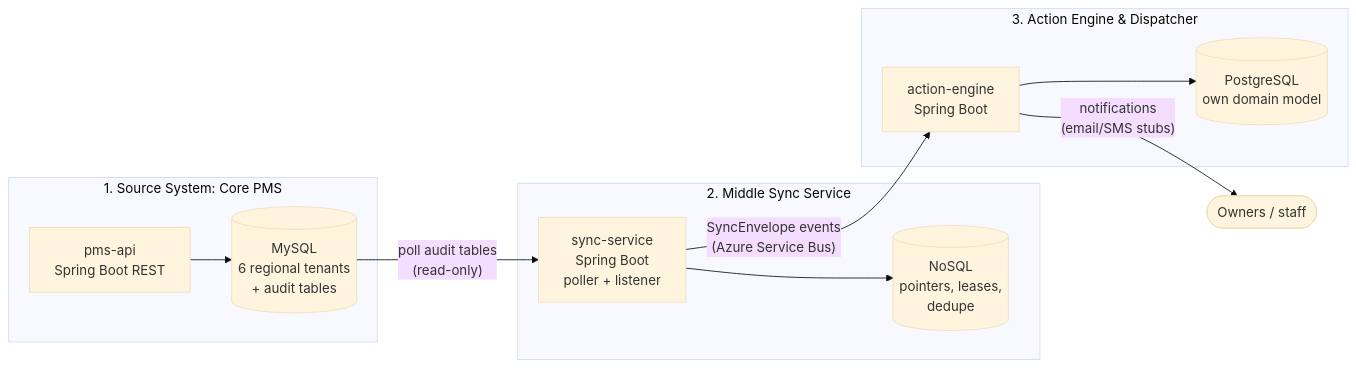
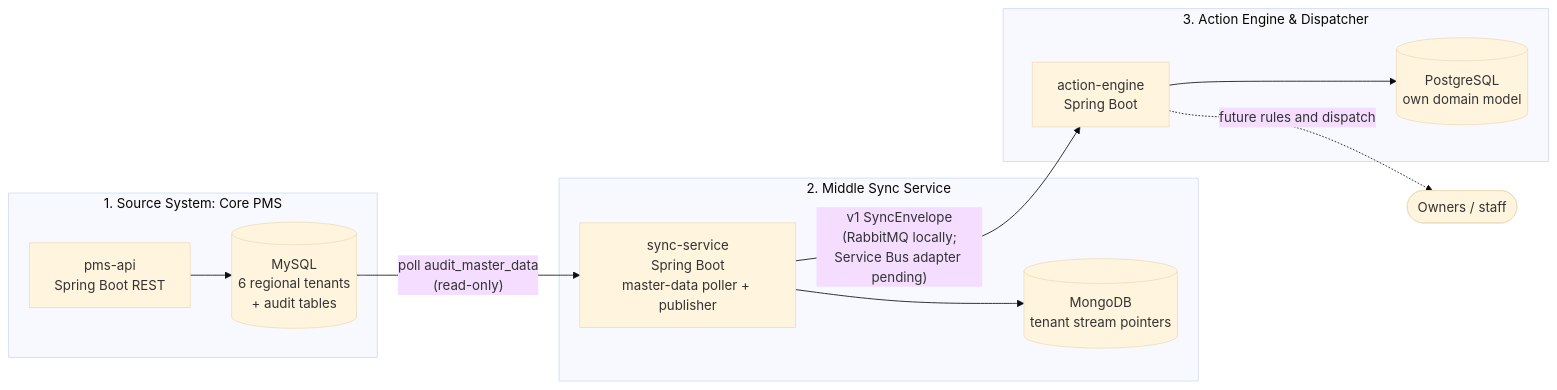
Before and after one commit to radoslavtieto/vet_reminder_spring_poc: the first of 2 diagrams in README.md, drawn with Mermaid (base theme). The commit also changed other lines of this file and 47 other files, not shown here.

````diff
--- a/README.md
+++ b/README.md
@@ -27,24 +27,24 @@
 ```mermaid
 flowchart LR
   subgraph PMS["1. Source System: Core PMS"]
     API["pms-api<br/>Spring Boot REST"]
     MYSQL[("MySQL<br/>6 regional tenants<br/>+ audit tables")]
     API --> MYSQL
   end
 
   subgraph SYNC["2. Middle Sync Service"]
-    WORKER["sync-service<br/>Spring Boot<br/>poller + listener"]
-    NOSQL[("NoSQL<br/>pointers, leases,<br/>dedupe")]
+    WORKER["sync-service<br/>Spring Boot<br/>master-data poller + publisher"]
+    NOSQL[("MongoDB<br/>tenant stream pointers")]
     WORKER --> NOSQL
   end
 
   subgraph ACTION["3. Action Engine & Dispatcher"]
     ENGINE["action-engine<br/>Spring Boot"]
     PG[("PostgreSQL<br/>own domain model")]
     ENGINE --> PG
   end
 
-  MYSQL -- "poll audit tables<br/>(read-only)" --> WORKER
-  WORKER -- "SyncEnvelope events<br/>(Azure Service Bus)" --> ENGINE
-  ENGINE -- "notifications<br/>(email/SMS stubs)" --> OUT(["Owners / staff"])
+  MYSQL -- "poll audit_master_data<br/>(read-only)" --> WORKER
+  WORKER -- "v1 SyncEnvelope<br/>(RabbitMQ locally;<br/>Service Bus adapter pending)" --> ENGINE
+  ENGINE -. "future rules and dispatch" .-> OUT(["Owners / staff"])
 ```
````
